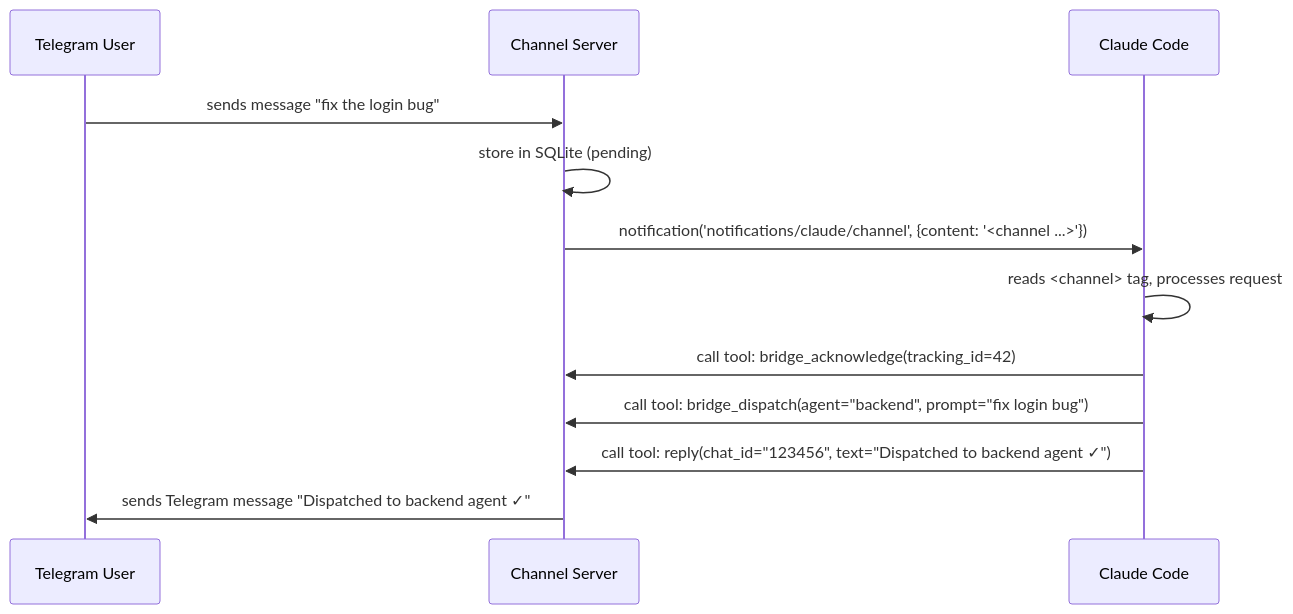
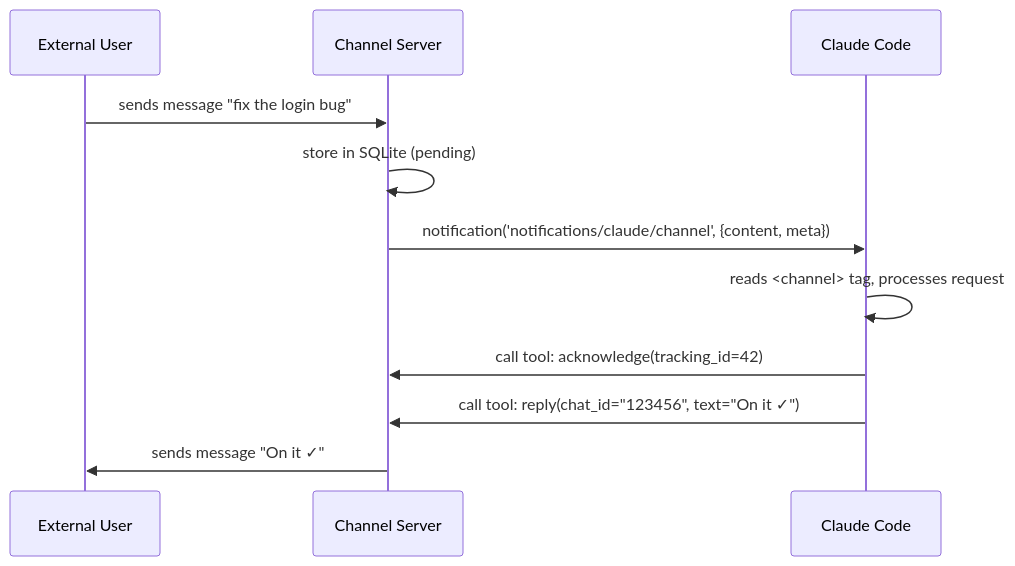
The second of 2 diagrams in 11-channel/README.md (hieutrtr/claude-howto), drawn with Mermaid before and after one commit. The commit also changed other lines of this file, not shown here.

First line of the commit message:
docs(channel): Add official examples, permission relay, and research preview status

````diff
--- a/11-channel/README.md
+++ b/11-channel/README.md
@@ -73,15 +200,14 @@
 ```mermaid
 sequenceDiagram
-    participant T as Telegram User
+    participant T as External User
     participant S as Channel Server
     participant C as Claude Code
 
     T->>S: sends message "fix the login bug"
     S->>S: store in SQLite (pending)
-    S->>C: notification('notifications/claude/channel', {content: '<channel ...>'})
+    S->>C: notification('notifications/claude/channel', {content, meta})
     C->>C: reads <channel> tag, processes request
-    C->>S: call tool: bridge_acknowledge(tracking_id=42)
-    C->>S: call tool: bridge_dispatch(agent="backend", prompt="fix login bug")
-    C->>S: call tool: reply(chat_id="123456", text="Dispatched to backend agent ✓")
-    S->>T: sends Telegram message "Dispatched to backend agent ✓"
+    C->>S: call tool: acknowledge(tracking_id=42)
+    C->>S: call tool: reply(chat_id="123456", text="On it ✓")
+    S->>T: sends message "On it ✓"
 ```
````
